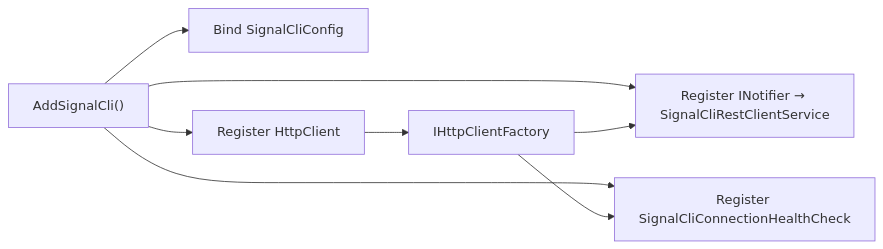
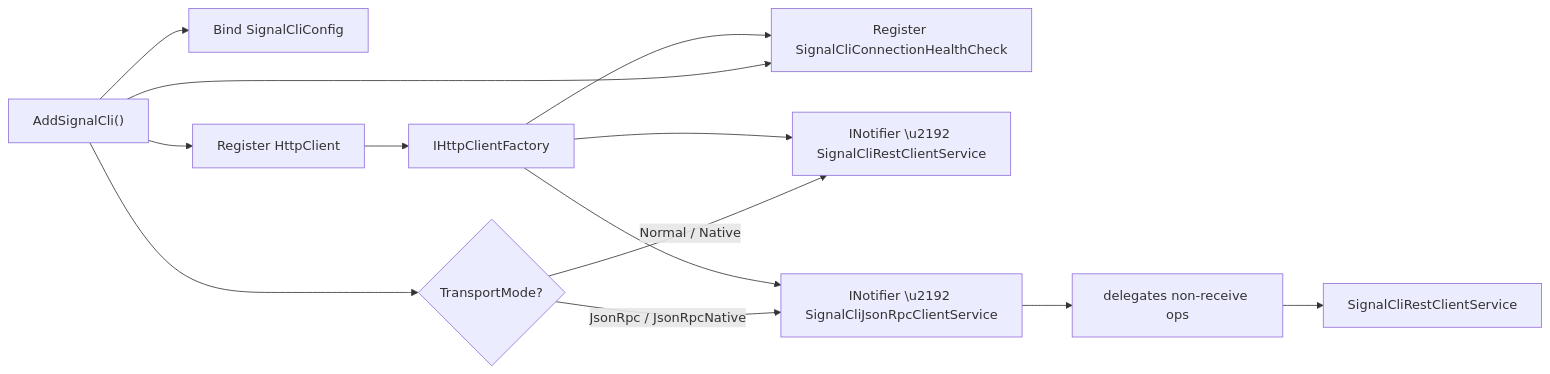
One commit to f2calv/SmartHaus changed the second of 2 diagrams in src/CasCap.Api.SignalCli/README.md. Above: the diagram before and after it, drawn with Mermaid. The commit also changed other lines of this file and 2 other files, not shown here.

````diff
--- a/src/CasCap.Api.SignalCli/README.md
+++ b/src/CasCap.Api.SignalCli/README.md
@@ -272,10 +276,15 @@
 ```mermaid
 flowchart LR
     A["AddSignalCli()"] --> B["Bind SignalCliConfig"]
     A --> C["Register HttpClient"]
-    A --> D["Register INotifier → SignalCliRestClientService"]
+    A --> D{"TransportMode?"}
     A --> E["Register SignalCliConnectionHealthCheck"]
-    C --> F["IHttpClientFactory"]
-    F --> D
-    F --> E
+    D -->|Normal / Native| F["INotifier \u2192 SignalCliRestClientService"]
+    D -->|JsonRpc / JsonRpcNative| G["INotifier \u2192 SignalCliJsonRpcClientService"]
+    G --> H["delegates non-receive ops"]
+    H --> F2["SignalCliRestClientService"]
+    C --> I["IHttpClientFactory"]
+    I --> F
+    I --> G
+    I --> E
 ```
````
